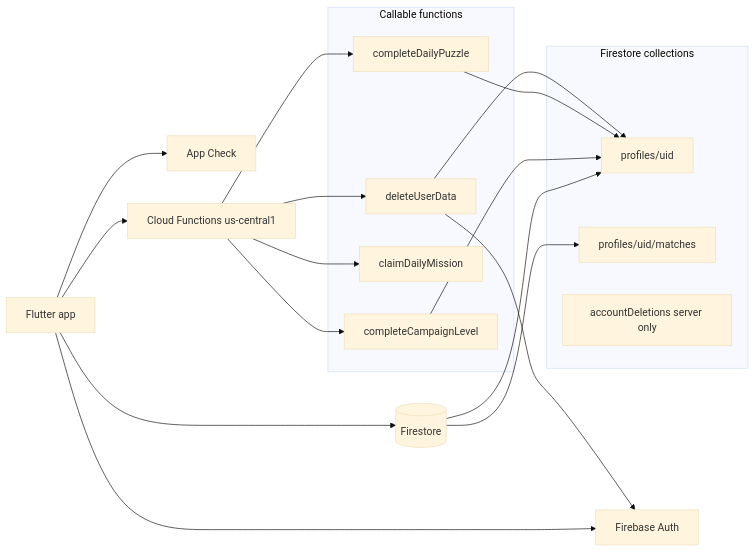
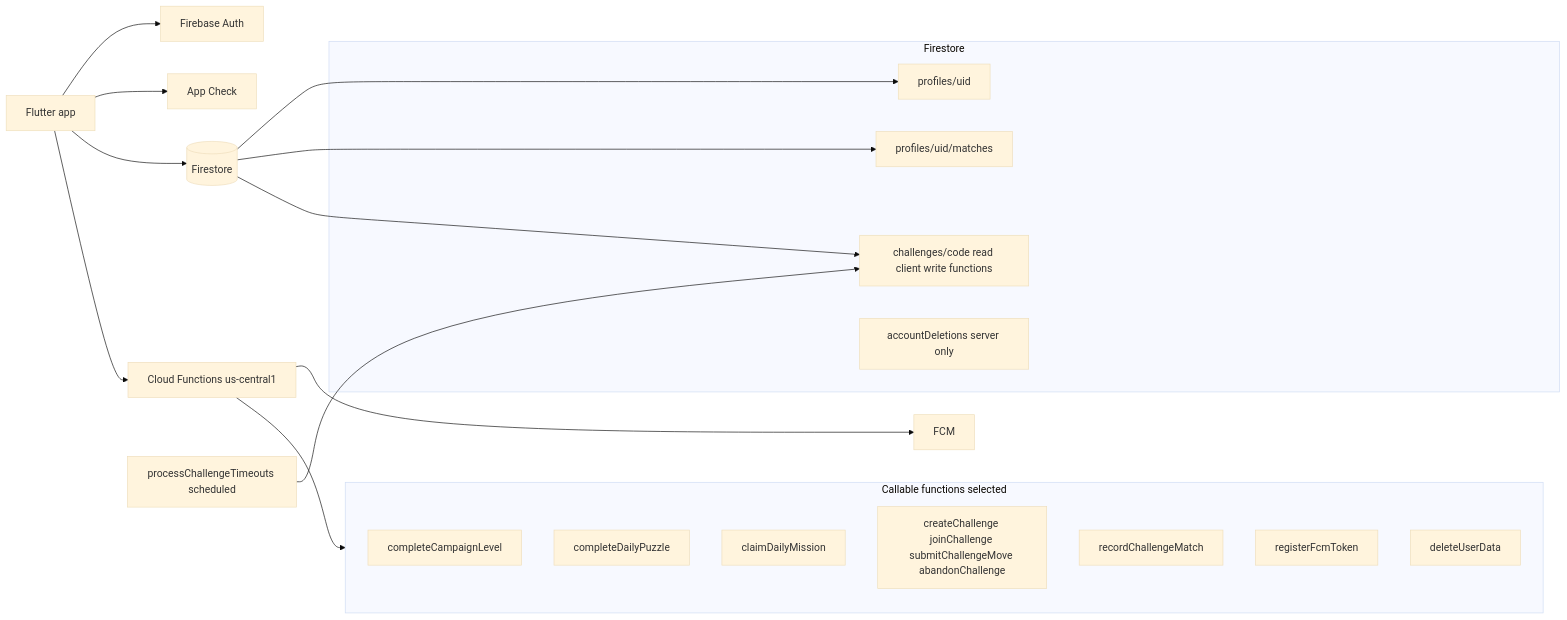
One commit to vividmemories-games/Dot_Clash changed the eighth of 10 diagrams in docs/architecture.md. Above: the diagram before and after it, drawn with Mermaid (base theme). The commit also changed other lines of this file and 13 other files, not shown here.

````diff
--- a/docs/architecture.md
+++ b/docs/architecture.md
@@ -242,38 +351,39 @@
 ```mermaid
 flowchart LR
   Client[Flutter app]
   Auth[Firebase Auth]
   AC[App Check]
   FS[(Firestore)]
   CF[Cloud Functions us-central1]
+  FCM[FCM]
 
   Client --> Auth
   Client --> AC
   Client --> FS
   Client --> CF
+  CF --> FCM
 
-  subgraph collections [Firestore collections]
+  subgraph collections [Firestore]
     Profiles["profiles/uid"]
     Matches["profiles/uid/matches"]
+    Challenges["challenges/code read client write functions"]
     Deletions["accountDeletions server only"]
   end
 
   FS --> Profiles
   FS --> Matches
+  FS --> Challenges
 
-  subgraph callables [Callable functions]
+  subgraph callables [Callable functions selected]
     CCL[completeCampaignLevel]
     CDP[completeDailyPuzzle]
     CDM[claimDailyMission]
+    CC[createChallenge joinChallenge submitChallengeMove abandonChallenge]
+    RCM[recordChallengeMatch]
+    FCMReg[registerFcmToken]
     DEL[deleteUserData]
   end
 
-  CF --> CCL
-  CF --> CDP
-  CF --> CDM
-  CF --> DEL
-  CCL --> Profiles
-  CDP --> Profiles
-  DEL --> Profiles
-  DEL --> Auth
+  CF --> callables
+  Sched[processChallengeTimeouts scheduled] --> Challenges
 ```
````
